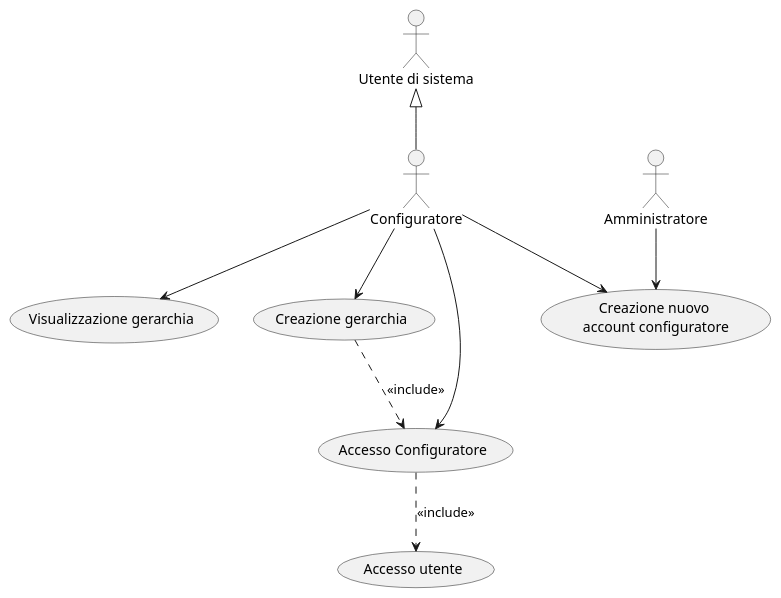
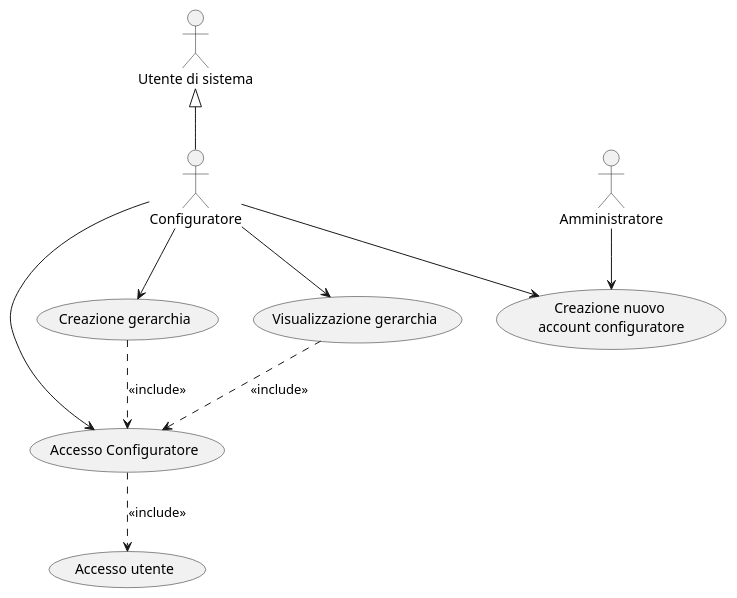
Before and after one commit to Matlice/ing_sw_2022: the diagram in DOC/VER1/diagrams/use_case/version_1.puml, drawn with PlantUML. The commit also changed 2 other files, not shown here.

Commit message:
Aggiunta include

```diff
--- a/DOC/VER1/diagrams/use_case/version_1.puml
+++ b/DOC/VER1/diagrams/use_case/version_1.puml
@@ -1,18 +1,19 @@
 @startuml
 
 :Utente di sistema: as user
 :Configuratore: as conf
 :Amministratore: as adm
 
 conf -up-|> user
 conf --> (Accesso Configuratore)
 conf --> (Creazione gerarchia)
 
 adm --> (Creazione nuovo \naccount configuratore)
 conf --> (Creazione nuovo \naccount configuratore)
 conf --> (Visualizzazione gerarchia)
 
 (Accesso Configuratore) ..> (Accesso utente): <<include>>
 (Creazione gerarchia) ..> (Accesso Configuratore): <<include>>
+(Visualizzazione gerarchia) ..> (Accesso Configuratore): <<include>>
 
 @enduml
```
